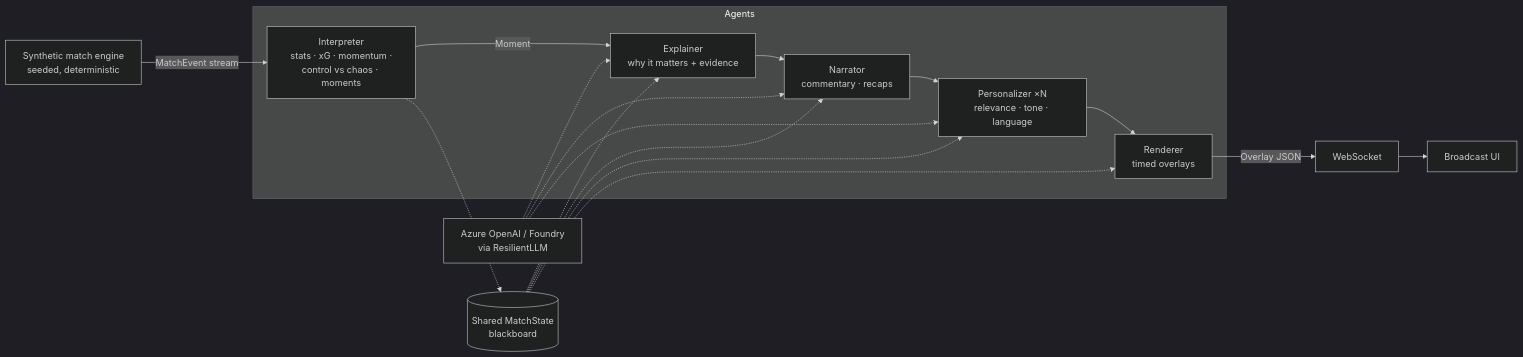
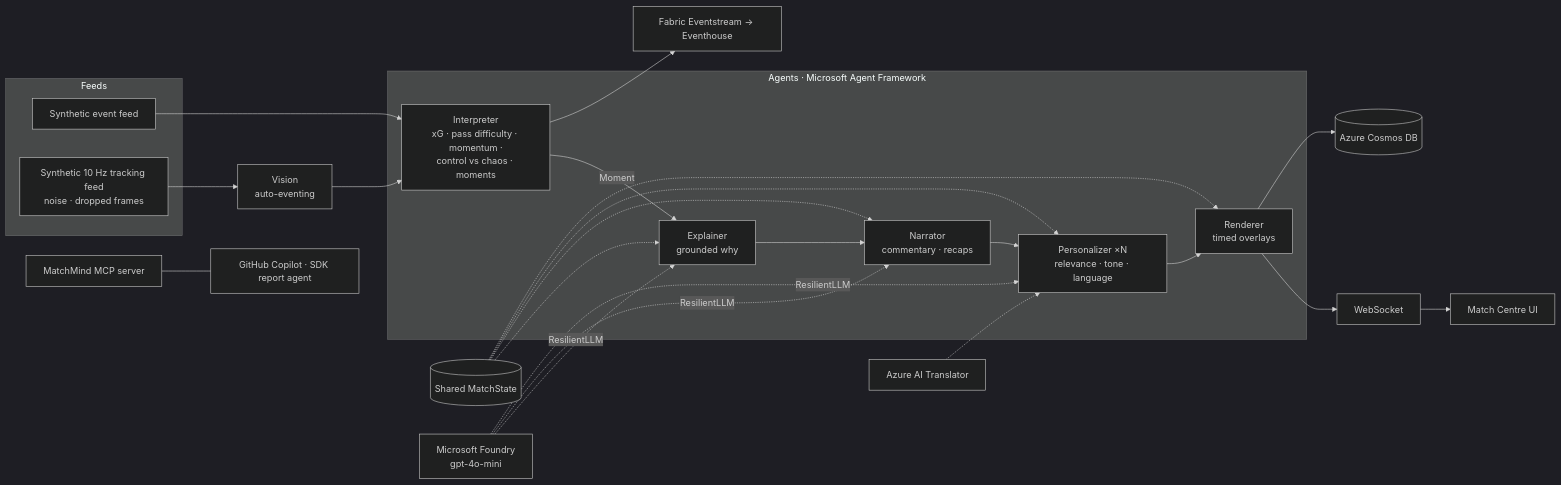
Before and after one commit to auroraeye-dev/matchmind: the diagram in README.md, drawn with Mermaid (dark theme). The commit also changed other lines of this file and 37 other files, not shown here.

First line of the commit message:
Match centre UI, Agent Framework, MCP, auto-eventing and Azure deploy

````diff
--- a/README.md
+++ b/README.md
@@ -20,16 +14,25 @@
 ```mermaid
 flowchart LR
-    SIM[Synthetic match engine<br/>seeded, deterministic] -->|MatchEvent stream| INT
-    subgraph Agents
-      INT[Interpreter<br/>stats · xG · momentum ·<br/>control vs chaos · moments]
-      EXP[Explainer<br/>why it matters + evidence]
+    subgraph Feeds
+      EV[Synthetic event feed]
+      TR[Synthetic 10 Hz tracking feed<br/>noise · dropped frames]
+    end
+    TR --> VIS[Vision<br/>auto-eventing]
+    EV --> INT
+    VIS --> INT
+    subgraph Agents["Agents · Microsoft Agent Framework"]
+      INT[Interpreter<br/>xG · pass difficulty · momentum ·<br/>control vs chaos · moments]
+      EXP[Explainer<br/>grounded why]
       NAR[Narrator<br/>commentary · recaps]
       PER[Personalizer ×N<br/>relevance · tone · language]
       REN[Renderer<br/>timed overlays]
     end
     INT -->|Moment| EXP --> NAR --> PER --> REN
-    BB[(Shared MatchState<br/>blackboard)] -.-> EXP & NAR & PER & REN
-    INT -.-> BB
-    REN -->|Overlay JSON| WS[WebSocket] --> UI[Broadcast UI]
-    LLM[Azure OpenAI / Foundry<br/>via ResilientLLM] -.-> EXP & NAR & PER
+    BB[(Shared MatchState)] -.-> EXP & NAR & PER & REN
+    FDY[Microsoft Foundry<br/>gpt-4o-mini] -.->|ResilientLLM| EXP & NAR & PER
+    TRL[Azure AI Translator] -.-> PER
+    REN --> WS[WebSocket] --> UI[Match Centre UI]
+    REN --> COS[(Azure Cosmos DB)]
+    INT --> FAB[Fabric Eventstream → Eventhouse]
+    MCP[MatchMind MCP server] --- COP[GitHub Copilot · SDK report agent]
 ```
````
